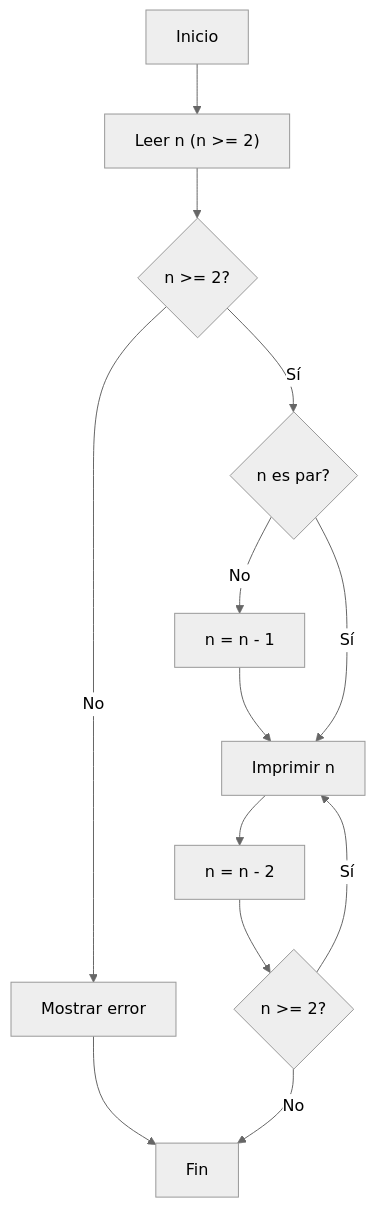
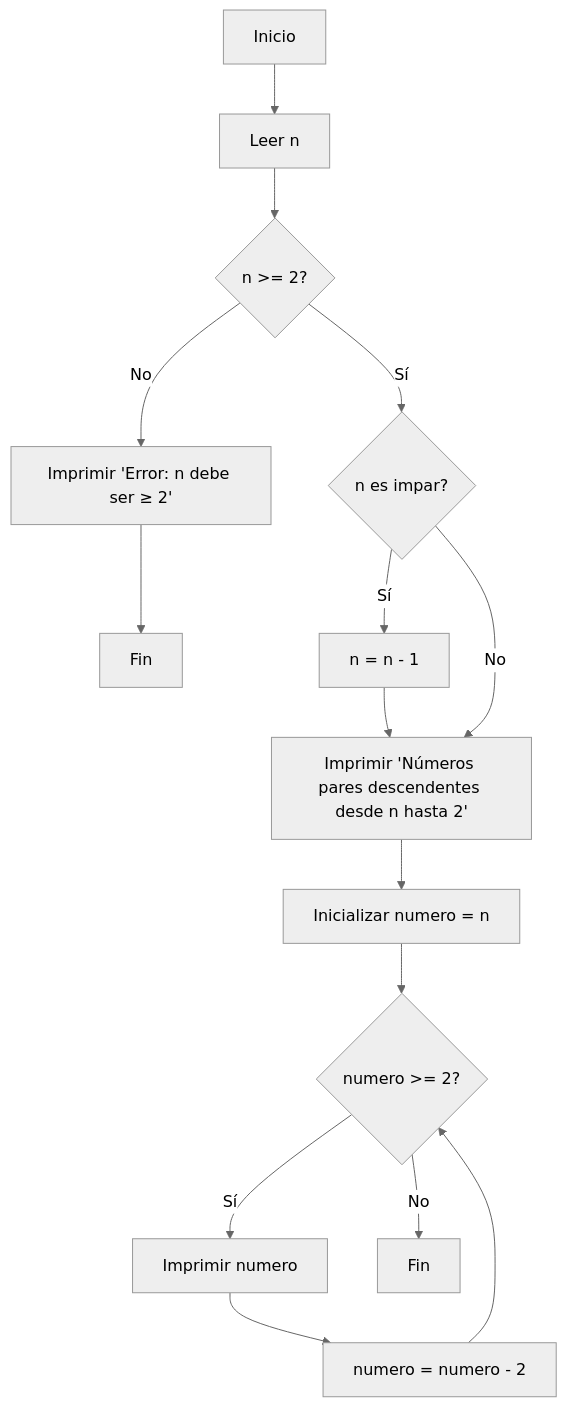
One commit to dsgelvez/Reto_06 changed the third of 3 diagrams in README.md. Above: the diagram before and after it, drawn with Mermaid (neutral theme). The commit also changed other lines of this file, not shown here.

````diff
--- a/README.md
+++ b/README.md
@@ -41,13 +42,17 @@
 ```mermaid
 flowchart TD
-    A[Inicio] --> B["Leer n (n >= 2)"]
+    A[Inicio] --> B[Leer n]
     B --> C{"n >= 2?"}
-    C -->|No| D["Mostrar error"] --> E[Fin]
-    C -->|Sí| F{"n es par?"}
-    F -->|No| G[n = n - 1] --> H
-    F -->|Sí| H[Imprimir n]
-    H --> I[n = n - 2]
-    I --> J{"n >= 2?"}
-    J -->|Sí| H
-    J -->|No| E[Fin]
+    C -->|No| D["Imprimir 'Error: n debe ser ≥ 2'"]
+    D --> E[Fin]
+    C -->|Sí| F{"n es impar?"}
+    F -->|Sí| G[n = n - 1]
+    G --> H
+    F -->|No| H["Imprimir 'Números pares descendentes desde n hasta 2'"]
+    H --> I[Inicializar numero = n]
+    I --> J{"numero >= 2?"}
+    J -->|Sí| K[Imprimir numero]
+    K --> L[numero = numero - 2]
+    L --> J
+    J -->|No| M[Fin]
 ```
````
